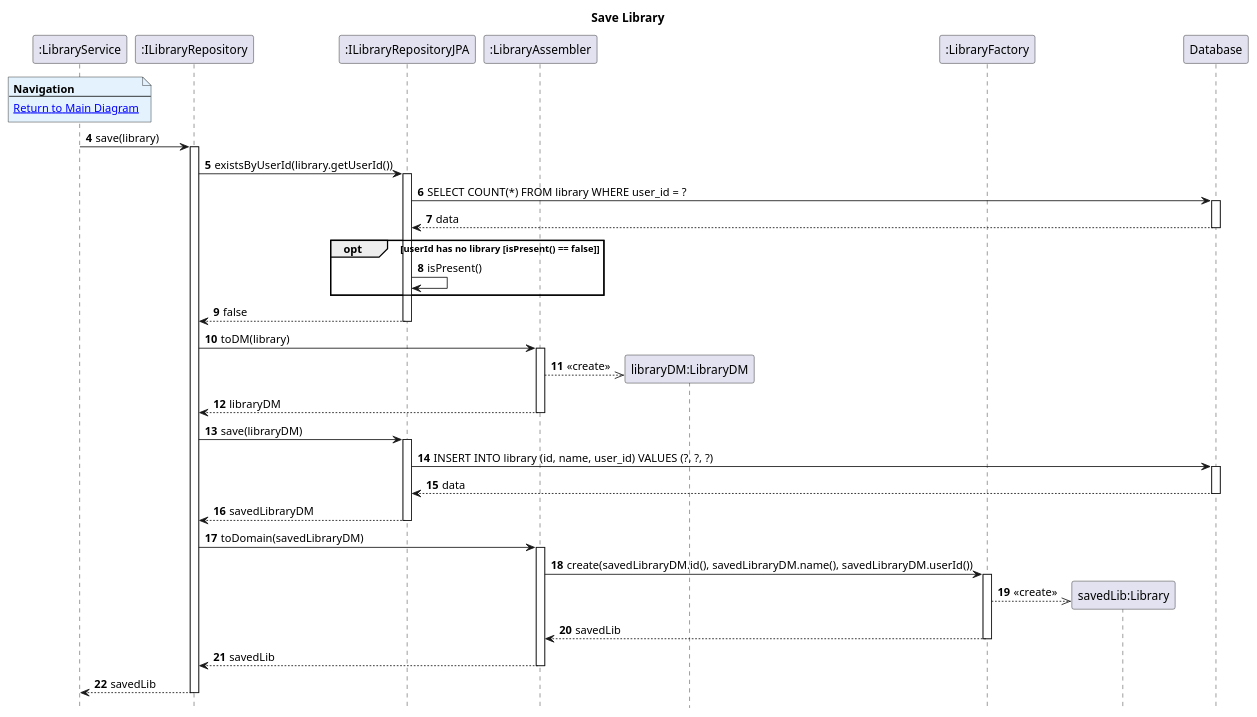
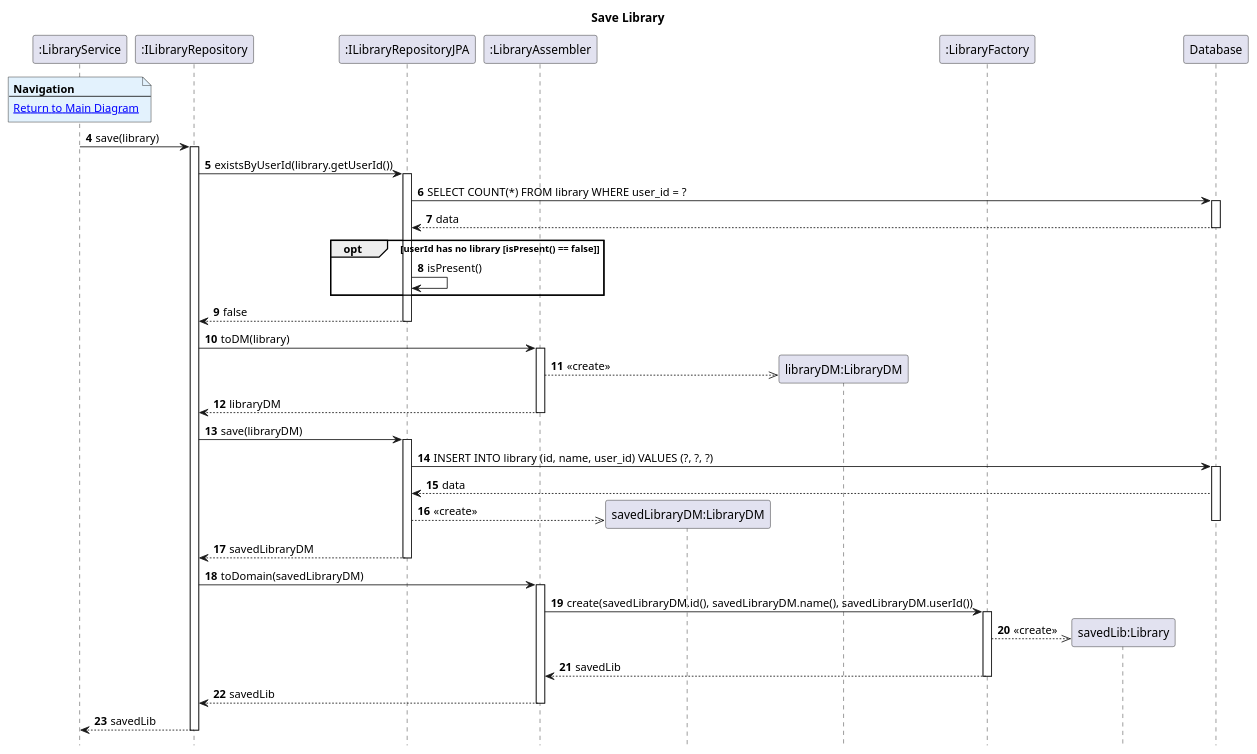
One commit to AndrePereiraGitH/SWitCH-Project-Team_A changed the diagram in Diagrams/SequenceDiagrams/N2/To-Create-Library/4.SaveLibrary.puml. Above: the diagram before and after it, drawn with PlantUML. The commit also changed 4 other files, not shown here.

```diff
--- a/Diagrams/SequenceDiagrams/N2/To-Create-Library/4.SaveLibrary.puml
+++ b/Diagrams/SequenceDiagrams/N2/To-Create-Library/4.SaveLibrary.puml
@@ -1,67 +1,70 @@
 @startuml
 hide footbox
 autonumber 4
 title Save Library
 
 participant ":LibraryService" as service
 participant ":ILibraryRepository" as LibraryRepo
 participant ":ILibraryRepositoryJPA" as libraryJpa
 participant ":LibraryAssembler" as assembler
+participant "savedLibraryDM:LibraryDM" as savedLibraryDM
 participant "libraryDM:LibraryDM" as dm
 participant ":LibraryFactory" as factory
 participant "savedLib:Library" as persistedLib
 participant "Database" as db
 
 note over service #E3F2FD
 <b>Navigation</b>
 ---
 [[1.MainDiagram.puml Return to Main Diagram]]
 end note
 
 
 service -> LibraryRepo: save(library)
 activate LibraryRepo
 
 LibraryRepo -> libraryJpa: existsByUserId(library.getUserId())
 activate libraryJpa
 
 libraryJpa -> db: SELECT COUNT(*) FROM library WHERE user_id = ?
 activate db
 db --> libraryJpa: data
 deactivate db
 opt userId has no library [isPresent() == false]
 libraryJpa -> libraryJpa: isPresent()
 end
 
 libraryJpa --> LibraryRepo: false
 deactivate libraryJpa
 
 LibraryRepo -> assembler: toDM(library)
 activate assembler
 assembler -->> dm **: <<create>>
 assembler --> LibraryRepo: libraryDM
 deactivate assembler
 
 LibraryRepo -> libraryJpa: save(libraryDM)
 activate libraryJpa
 libraryJpa -> db: INSERT INTO library (id, name, user_id) VALUES (?, ?, ?)
 activate db
 db --> libraryJpa: data
+libraryJpa -->> savedLibraryDM**: <<create>>
 deactivate db
 libraryJpa --> LibraryRepo: savedLibraryDM
 deactivate libraryJpa
 
 LibraryRepo -> assembler: toDomain(savedLibraryDM)
 activate assembler
 assembler -> factory: create(savedLibraryDM.id(), savedLibraryDM.name(), savedLibraryDM.userId())
 activate factory
 factory -->> persistedLib **: <<create>>
 factory --> assembler: savedLib
 deactivate factory
 assembler --> LibraryRepo: savedLib
+
 deactivate assembler
 
 LibraryRepo --> service: savedLib
 deactivate LibraryRepo
 
 @enduml
```
